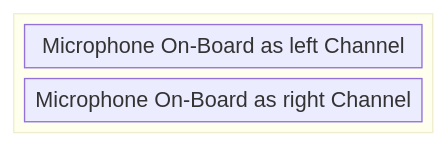
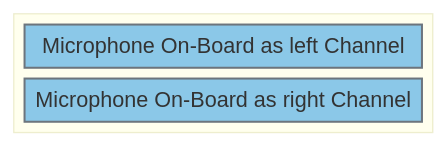
One commit to KROIA/Voicemail-Box changed the first of 5 diagrams in Hardware/README.md. Above: the diagram before and after it, drawn with Mermaid. The commit also changed other lines of this file, not shown here.

````diff
--- a/Hardware/README.md
+++ b/Hardware/README.md
@@ -52,8 +52,12 @@
 ```mermaid
 block-beta
     block:group1:2
         columns 1
         b["Microphone On-Board as left Channel"]
         d["Microphone On-Board as right Channel"]
     end
+
+classDef highlighter fill:#8bc8e8,stroke:#6c757d,stroke-width:1.5px;
+class b highlighter
+class d highlighter
 ```
````
